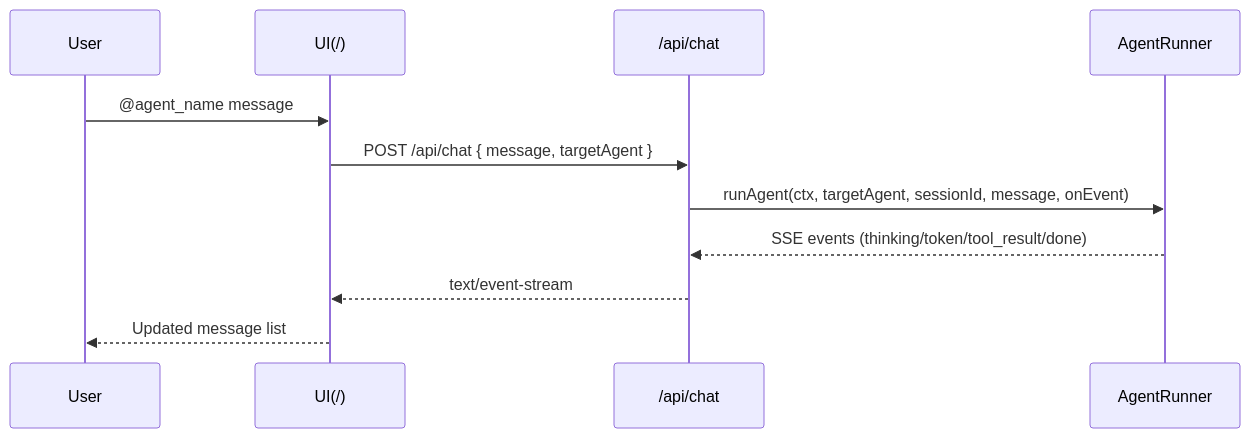
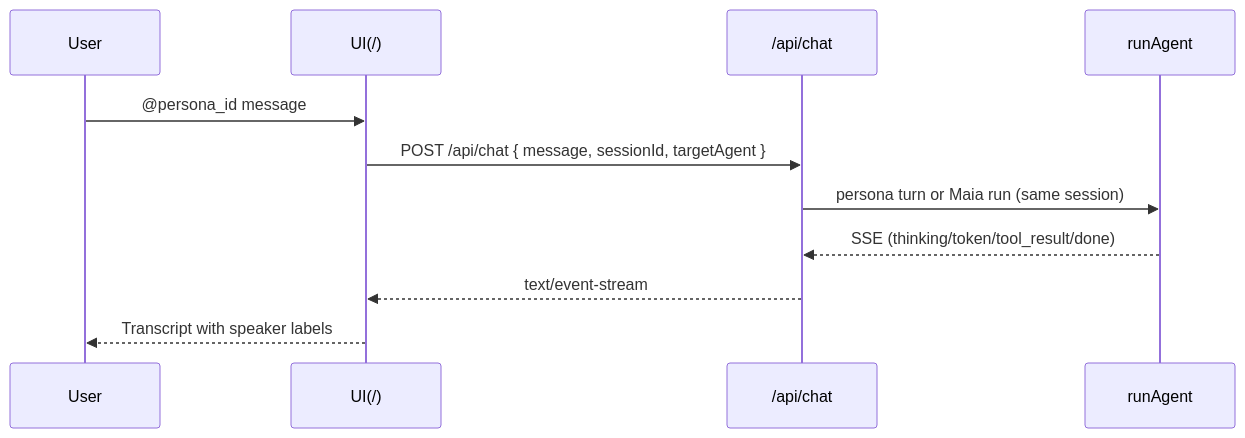
One commit to GarrettFleischer/maia changed the second of 2 diagrams in docs/architecture/agent-system.md. Above: the diagram before and after it, drawn with Mermaid. The commit also changed other lines of this file and 181 other files, not shown here.

````diff
--- a/docs/architecture/agent-system.md
+++ b/docs/architecture/agent-system.md
@@ -107,14 +100,14 @@
 ```mermaid
 sequenceDiagram
   participant User
   participant Home as UI(/)
   participant ChatAPI as /api/chat
-  participant Runner as AgentRunner
+  participant Runner as runAgent
 
-  User->>Home: @agent_name message
-  Home->>ChatAPI: POST /api/chat { message, targetAgent }
-  ChatAPI->>Runner: runAgent(ctx, targetAgent, sessionId, message, onEvent)
-  Runner-->>ChatAPI: SSE events (thinking/token/tool_result/done)
+  User->>Home: @persona_id message
+  Home->>ChatAPI: POST /api/chat { message, sessionId, targetAgent }
+  ChatAPI->>Runner: persona turn or Maia run (same session)
+  Runner-->>ChatAPI: SSE (thinking/token/tool_result/done)
   ChatAPI-->>Home: text/event-stream
-  Home-->>User: Updated message list
+  Home-->>User: Transcript with speaker labels
 ```
````
